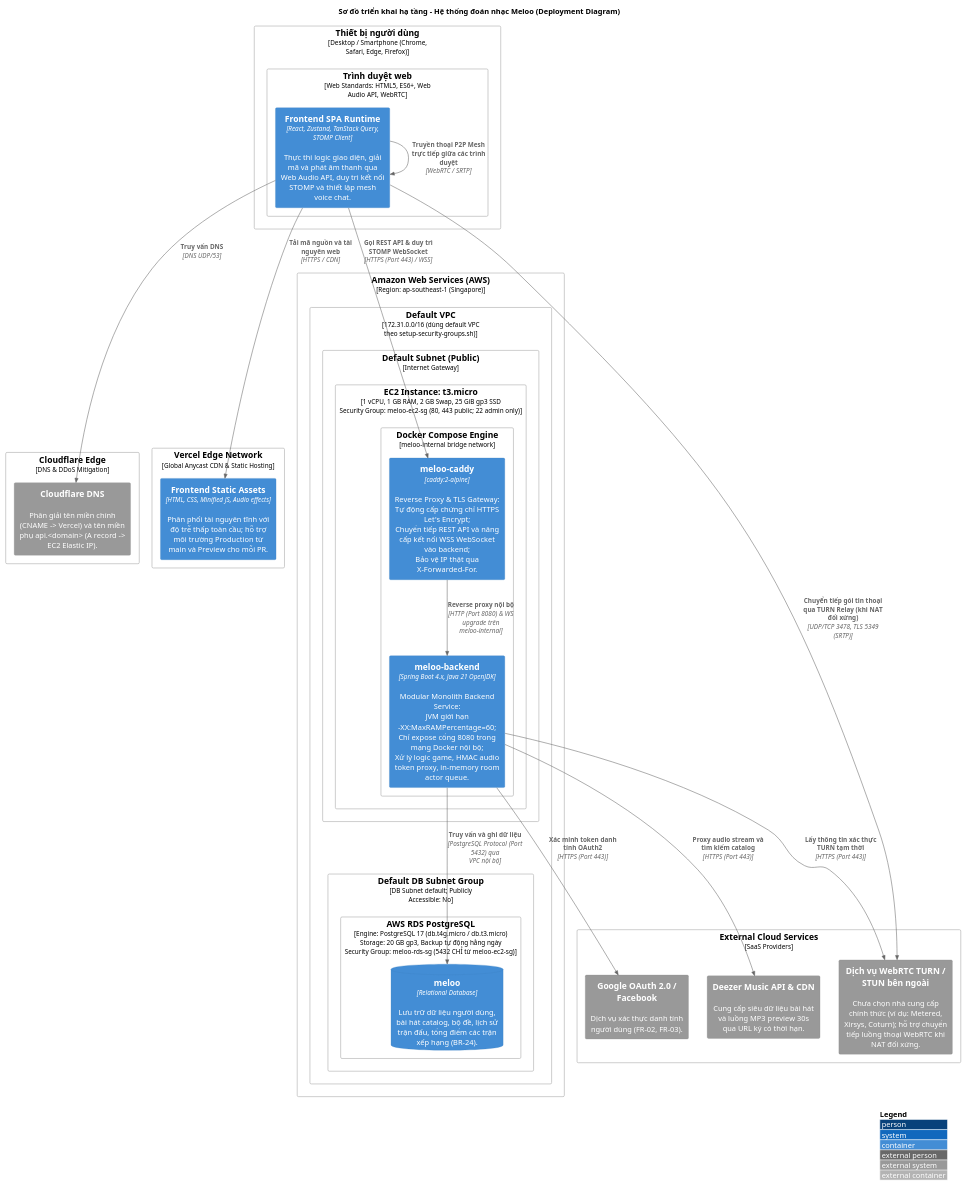
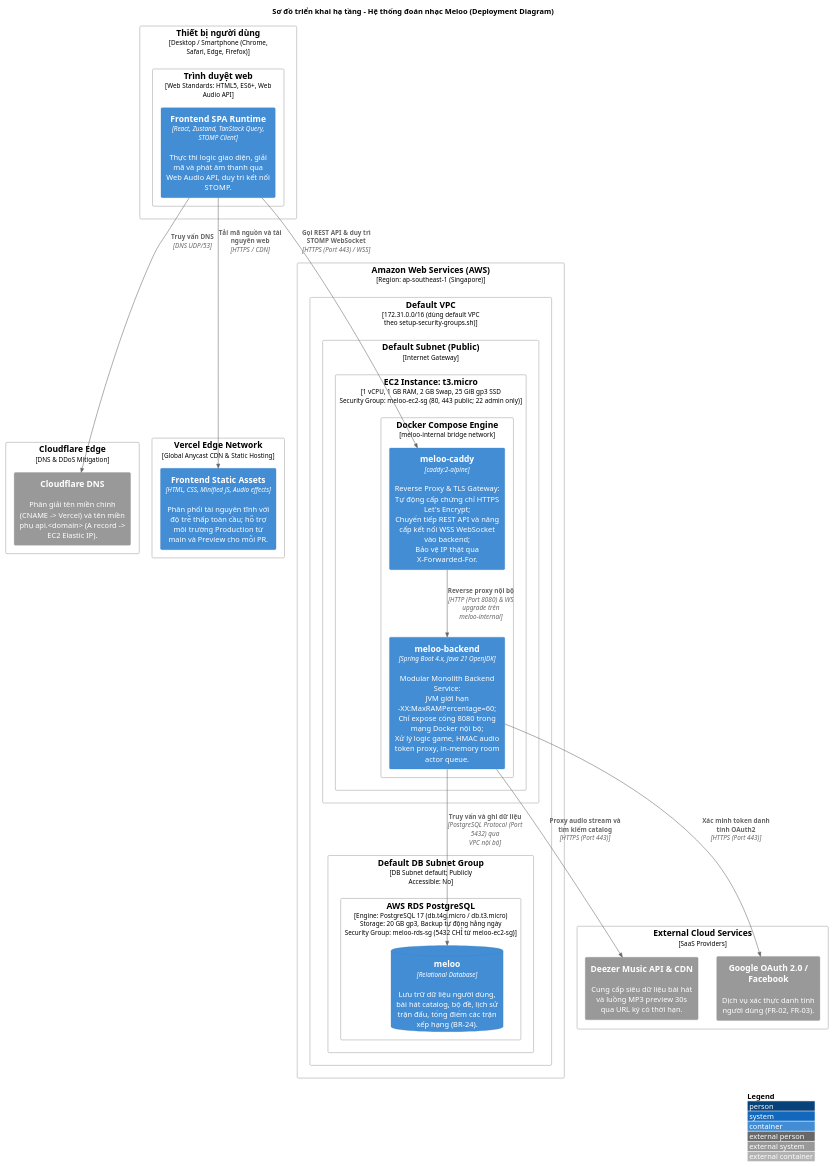
One commit to ThaiDevv/meloo changed the diagram in docs/uml/deployment/deployment.puml. Above: the diagram before and after it, drawn with PlantUML. The commit also changed 32 other files, not shown here.

Commit message:
docs(voice): bỏ voice chat khỏi tài liệu và sơ đồ (#116)

```diff
--- a/docs/uml/deployment/deployment.puml
+++ b/docs/uml/deployment/deployment.puml
@@ -1,64 +1,60 @@
 @startuml deployment
 !include <C4/C4_Deployment>
 
 LAYOUT_WITH_LEGEND()
 
 title Sơ đồ triển khai hạ tầng - Hệ thống đoán nhạc Meloo (Deployment Diagram)
 
 Deployment_Node(user_device, "Thiết bị người dùng", "Desktop / Smartphone (Chrome, Safari, Edge, Firefox)") {
-    Deployment_Node(browser, "Trình duyệt web", "Web Standards: HTML5, ES6+, Web Audio API, WebRTC") {
-        Container(spa_instance, "Frontend SPA Runtime", "React, Zustand, TanStack Query, STOMP Client", "Thực thi logic giao diện, giải mã và phát âm thanh qua Web Audio API, duy trì kết nối STOMP và thiết lập mesh voice chat.")
+    Deployment_Node(browser, "Trình duyệt web", "Web Standards: HTML5, ES6+, Web Audio API") {
+        Container(spa_instance, "Frontend SPA Runtime", "React, Zustand, TanStack Query, STOMP Client", "Thực thi logic giao diện, giải mã và phát âm thanh qua Web Audio API, duy trì kết nối STOMP.")
     }
 }
 
 Deployment_Node(cloudflare, "Cloudflare Edge", "DNS & DDoS Mitigation") {
     System_Ext(cf_dns, "Cloudflare DNS", "Phân giải tên miền chính (CNAME -> Vercel) và tên miền phụ api.<domain> (A record -> EC2 Elastic IP).")
 }
 
 Deployment_Node(vercel, "Vercel Edge Network", "Global Anycast CDN & Static Hosting") {
     Container(fe_static, "Frontend Static Assets", "HTML, CSS, Minified JS, Audio effects", "Phân phối tài nguyên tĩnh với độ trễ thấp toàn cầu; hỗ trợ môi trường Production từ main và Preview cho mỗi PR.")
 }
 
 Deployment_Node(aws, "Amazon Web Services (AWS)", "Region: ap-southeast-1 (Singapore)") {
     Deployment_Node(vpc, "Default VPC", "172.31.0.0/16 (dùng default VPC theo setup-security-groups.sh)") {
         
         Deployment_Node(public_subnet, "Default Subnet (Public)", "Internet Gateway") {
             Deployment_Node(ec2, "EC2 Instance: t3.micro", "1 vCPU, 1 GB RAM, 2 GB Swap, 25 GiB gp3 SSD\nSecurity Group: meloo-ec2-sg (80, 443 public; 22 admin only)") {
                 
                 Deployment_Node(docker, "Docker Compose Engine", "meloo-internal bridge network") {
                     Container(caddy_container, "meloo-caddy", "caddy:2-alpine", "Reverse Proxy & TLS Gateway:\nTự động cấp chứng chỉ HTTPS Let's Encrypt;\nChuyển tiếp REST API và nâng cấp kết nối WSS WebSocket vào backend;\nBảo vệ IP thật qua X-Forwarded-For.")
                     
                     Container(be_container, "meloo-backend", "Spring Boot 4.x, Java 21 OpenJDK", "Modular Monolith Backend Service:\nJVM giới hạn -XX:MaxRAMPercentage=60;\nChỉ expose cổng 8080 trong mạng Docker nội bộ;\nXử lý logic game, HMAC audio token proxy, in-memory room actor queue.")
                 }
             }
         }
         
         Deployment_Node(rds_subnet, "Default DB Subnet Group", "DB Subnet default; Publicly Accessible: No") {
             Deployment_Node(rds, "AWS RDS PostgreSQL", "Engine: PostgreSQL 17 (db.t4g.micro / db.t3.micro)\nStorage: 20 GB gp3, Backup tự động hằng ngày\nSecurity Group: meloo-rds-sg (5432 CHỈ từ meloo-ec2-sg)") {
                 ContainerDb(db_instance, "meloo", "Relational Database", "Lưu trữ dữ liệu người dùng, bài hát catalog, bộ đề, lịch sử trận đấu, tổng điểm các trận xếp hạng (BR-24).")
             }
         }
     }
 }
 
 Deployment_Node(ext_services, "External Cloud Services", "SaaS Providers") {
-    System_Ext(turn_server, "Dịch vụ WebRTC TURN / STUN bên ngoài", "Chưa chọn nhà cung cấp chính thức (ví dụ: Metered, Xirsys, Coturn); hỗ trợ chuyển tiếp luồng thoại WebRTC khi NAT đối xứng.")
     System_Ext(deezer_api, "Deezer Music API & CDN", "Cung cấp siêu dữ liệu bài hát và luồng MP3 preview 30s qua URL ký có thời hạn.")
     System_Ext(auth_providers, "Google OAuth 2.0 / Facebook", "Dịch vụ xác thực danh tính người dùng (FR-02, FR-03).")
 }
 
 Rel(spa_instance, cf_dns, "Truy vấn DNS", "DNS UDP/53")
 Rel(spa_instance, fe_static, "Tải mã nguồn và tài nguyên web", "HTTPS / CDN")
 Rel(spa_instance, caddy_container, "Gọi REST API & duy trì STOMP WebSocket", "HTTPS (Port 443) / WSS")
 
 Rel(caddy_container, be_container, "Reverse proxy nội bộ", "HTTP (Port 8080) & WS upgrade trên meloo-internal")
 Rel(be_container, db_instance, "Truy vấn và ghi dữ liệu", "PostgreSQL Protocol (Port 5432) qua VPC nội bộ")
 
 Rel(be_container, deezer_api, "Proxy audio stream và tìm kiếm catalog", "HTTPS (Port 443)")
 Rel(be_container, auth_providers, "Xác minh token danh tính OAuth2", "HTTPS (Port 443)")
-Rel(be_container, turn_server, "Lấy thông tin xác thực TURN tạm thời", "HTTPS (Port 443)")
 
-Rel(spa_instance, turn_server, "Chuyển tiếp gói tin thoại qua TURN Relay (khi NAT đối xứng)", "UDP/TCP 3478, TLS 5349 (SRTP)")
-Rel(spa_instance, spa_instance, "Truyền thoại P2P Mesh trực tiếp giữa các trình duyệt", "WebRTC / SRTP")
 
 @enduml
```
